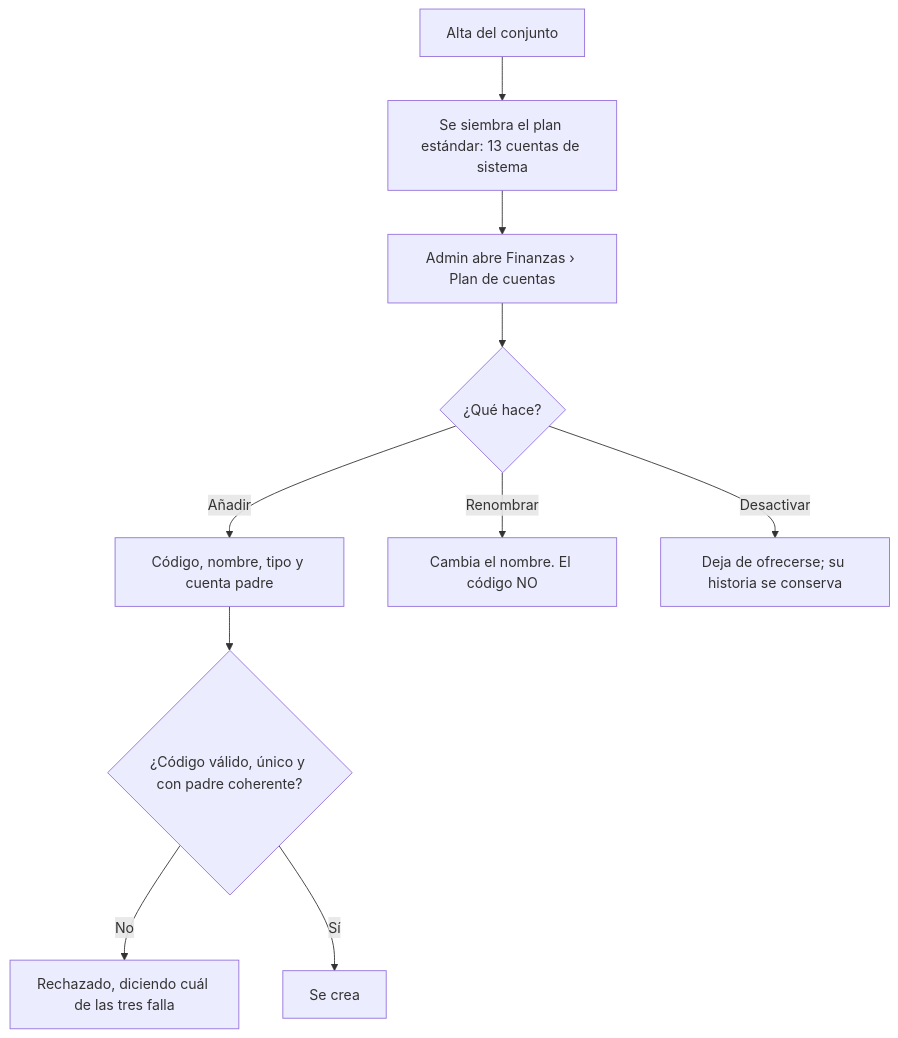
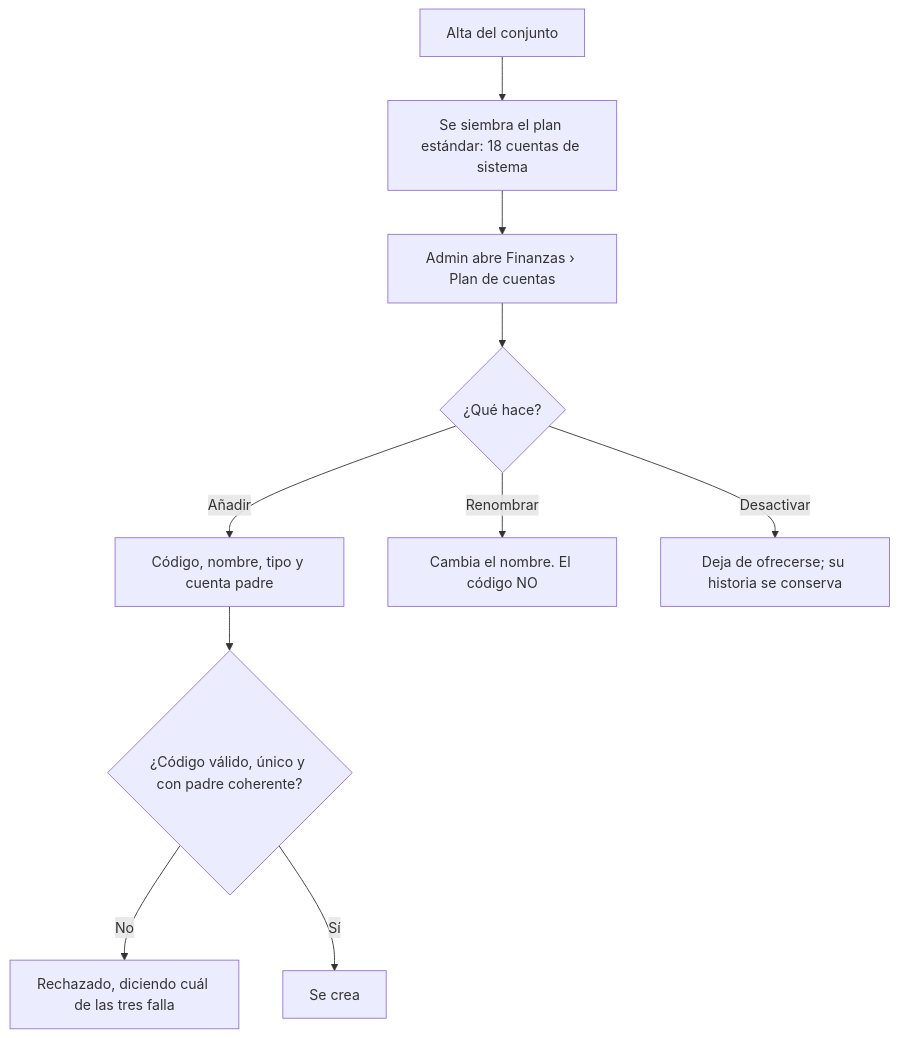
Before and after one commit to Leor14/vivaru: the diagram in docs/prd/funcionales/PRD-V-PLAT-003-plan-de-cuentas-gobernado.md, drawn with Mermaid. The commit also changed other lines of this file and 14 other files, not shown here.

First line of the commit message:
feat(plan-de-cuentas): la vigilancia tiene sus dos cuentas — D3 cerrada

````diff
--- a/docs/prd/funcionales/PRD-V-PLAT-003-plan-de-cuentas-gobernado.md
+++ b/docs/prd/funcionales/PRD-V-PLAT-003-plan-de-cuentas-gobernado.md
@@ -208,12 +210,12 @@
 ```mermaid
 flowchart TD
-    A[Alta del conjunto] --> B[Se siembra el plan estándar: 13 cuentas de sistema]
+    A[Alta del conjunto] --> B[Se siembra el plan estándar: 18 cuentas de sistema]
     B --> C[Admin abre Finanzas › Plan de cuentas]
     C --> D{¿Qué hace?}
     D -->|Añadir| E[Código, nombre, tipo y cuenta padre]
     D -->|Renombrar| F[Cambia el nombre. El código NO]
     D -->|Desactivar| G[Deja de ofrecerse; su historia se conserva]
     E --> H{¿Código válido, único y con padre coherente?}
     H -->|No| I[Rechazado, diciendo cuál de las tres falla]
     H -->|Sí| J[Se crea]
 ```
````
